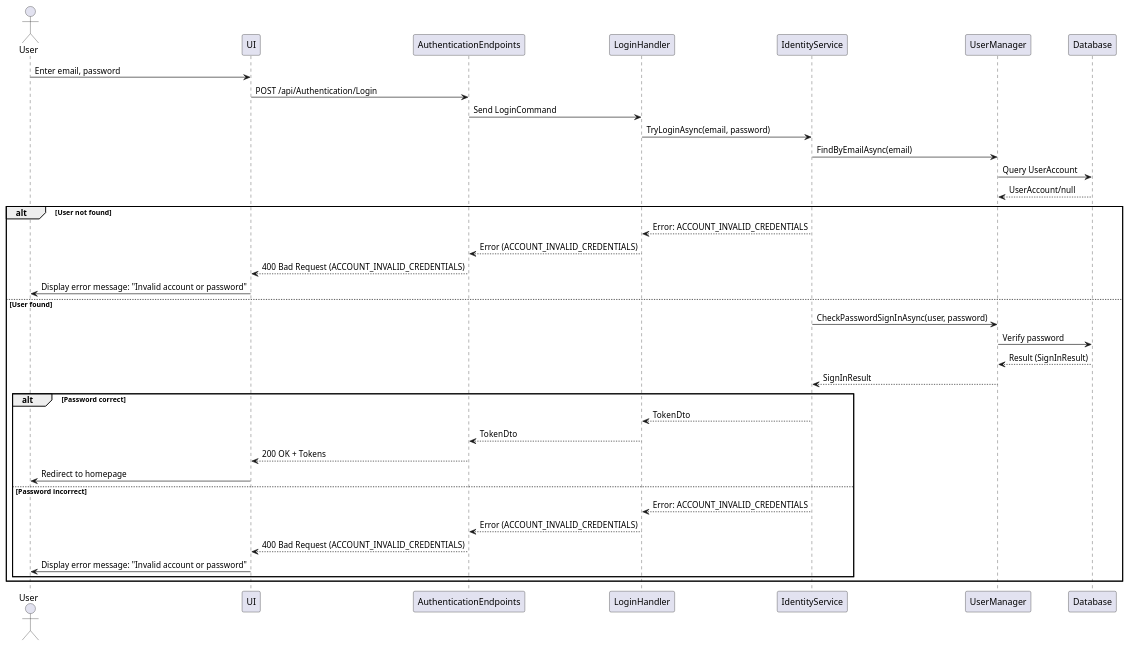
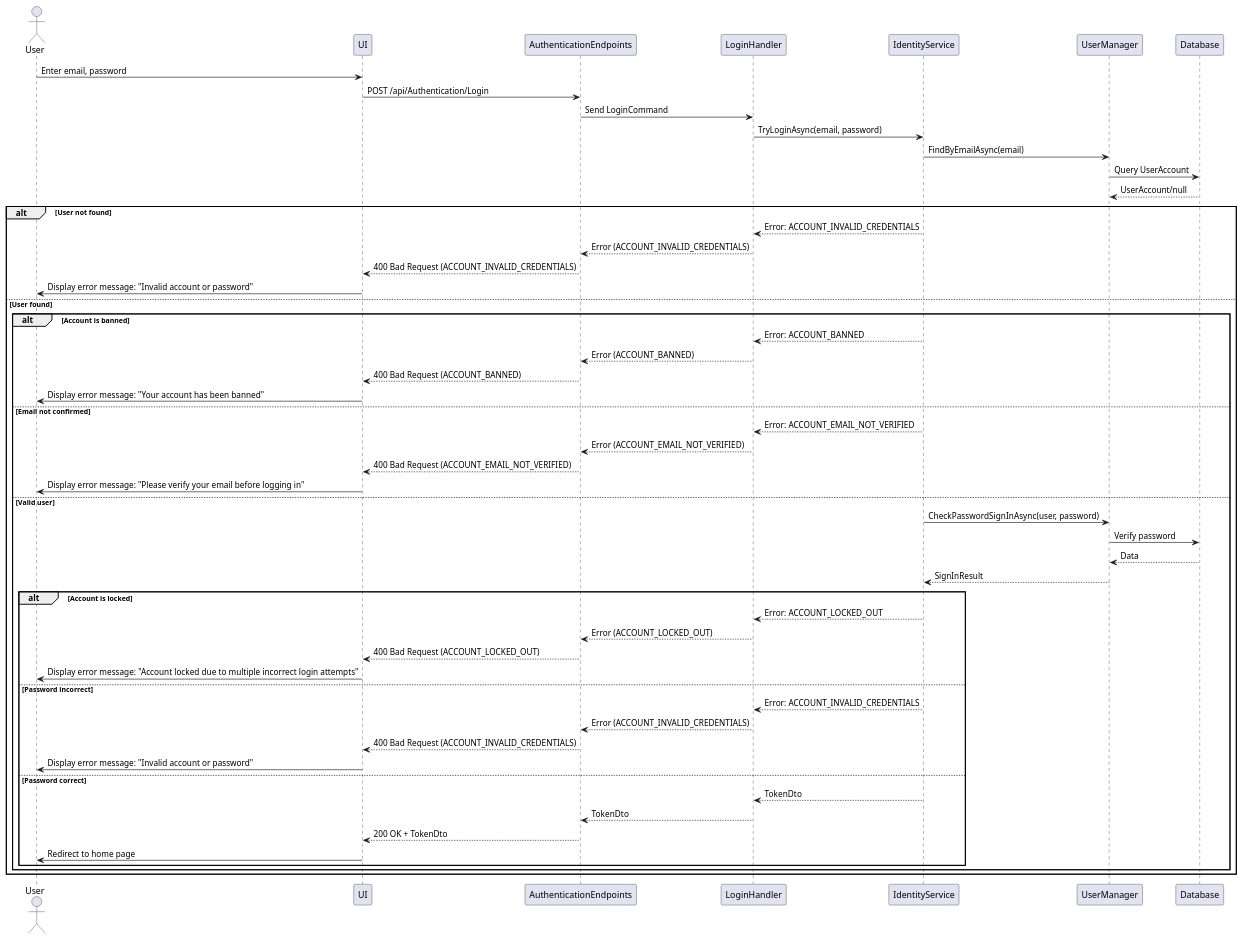
Before and after one commit to thanhkhac/SEP_Diagram: the diagram in authentication/Sequence/02_Login.puml, drawn with PlantUML. The commit also changed 8 other files, not shown here.

First line of the commit message:
Update authentication sequence diagrams for clarity and consistency

```diff
--- a/authentication/Sequence/02_Login.puml
+++ b/authentication/Sequence/02_Login.puml
@@ -1,39 +1,57 @@
 @startuml
 actor User
 participant UI
 participant AuthenticationEndpoints
 participant LoginHandler
 participant IdentityService
 participant UserManager
 participant Database
 
 User -> UI : Enter email, password
 UI -> AuthenticationEndpoints : POST /api/Authentication/Login
 AuthenticationEndpoints -> LoginHandler : Send LoginCommand
 LoginHandler -> IdentityService : TryLoginAsync(email, password)
 IdentityService -> UserManager : FindByEmailAsync(email)
 UserManager -> Database : Query UserAccount
 Database --> UserManager : UserAccount/null
 alt User not found
     IdentityService --> LoginHandler : Error: ACCOUNT_INVALID_CREDENTIALS
     LoginHandler --> AuthenticationEndpoints : Error (ACCOUNT_INVALID_CREDENTIALS)
     AuthenticationEndpoints --> UI : 400 Bad Request (ACCOUNT_INVALID_CREDENTIALS)
     UI -> User : Display error message: "Invalid account or password"
 else User found
-    IdentityService -> UserManager : CheckPasswordSignInAsync(user, password)
-    UserManager -> Database : Verify password
-    Database --> UserManager : Result (SignInResult)
-    UserManager --> IdentityService : SignInResult
-    alt Password correct
-        IdentityService --> LoginHandler : TokenDto
-        LoginHandler --> AuthenticationEndpoints : TokenDto
-        AuthenticationEndpoints --> UI : 200 OK + Tokens
-        UI -> User : Redirect to homepage
-    else Password incorrect
-        IdentityService --> LoginHandler : Error: ACCOUNT_INVALID_CREDENTIALS
-        LoginHandler --> AuthenticationEndpoints : Error (ACCOUNT_INVALID_CREDENTIALS)
-        AuthenticationEndpoints --> UI : 400 Bad Request (ACCOUNT_INVALID_CREDENTIALS)
-        UI -> User :Display error message: "Invalid account or password"
+    alt Account is banned
+        IdentityService --> LoginHandler : Error: ACCOUNT_BANNED
+        LoginHandler --> AuthenticationEndpoints : Error (ACCOUNT_BANNED)
+        AuthenticationEndpoints --> UI : 400 Bad Request (ACCOUNT_BANNED)
+        UI -> User : Display error message: "Your account has been banned"
+    else Email not confirmed
+        IdentityService --> LoginHandler : Error: ACCOUNT_EMAIL_NOT_VERIFIED
+        LoginHandler --> AuthenticationEndpoints : Error (ACCOUNT_EMAIL_NOT_VERIFIED)
+        AuthenticationEndpoints --> UI : 400 Bad Request (ACCOUNT_EMAIL_NOT_VERIFIED)
+        UI -> User : Display error message: "Please verify your email before logging in"
+    else Valid user
+        IdentityService -> UserManager : CheckPasswordSignInAsync(user, password)
+        UserManager -> Database : Verify password
+        Database --> UserManager : Data
+        UserManager --> IdentityService : SignInResult
+
+        alt Account is locked
+            IdentityService --> LoginHandler : Error: ACCOUNT_LOCKED_OUT
+            LoginHandler --> AuthenticationEndpoints : Error (ACCOUNT_LOCKED_OUT)
+            AuthenticationEndpoints --> UI : 400 Bad Request (ACCOUNT_LOCKED_OUT)
+            UI -> User : Display error message: "Account locked due to multiple incorrect login attempts"
+        else Password incorrect
+            IdentityService --> LoginHandler : Error: ACCOUNT_INVALID_CREDENTIALS
+            LoginHandler --> AuthenticationEndpoints : Error (ACCOUNT_INVALID_CREDENTIALS)
+            AuthenticationEndpoints --> UI : 400 Bad Request (ACCOUNT_INVALID_CREDENTIALS)
+            UI -> User : Display error message: "Invalid account or password"
+        else Password correct
+            IdentityService --> LoginHandler : TokenDto
+            LoginHandler --> AuthenticationEndpoints : TokenDto
+            AuthenticationEndpoints --> UI : 200 OK + TokenDto
+            UI -> User : Redirect to home page
+        end
     end
 end
 @enduml
```
